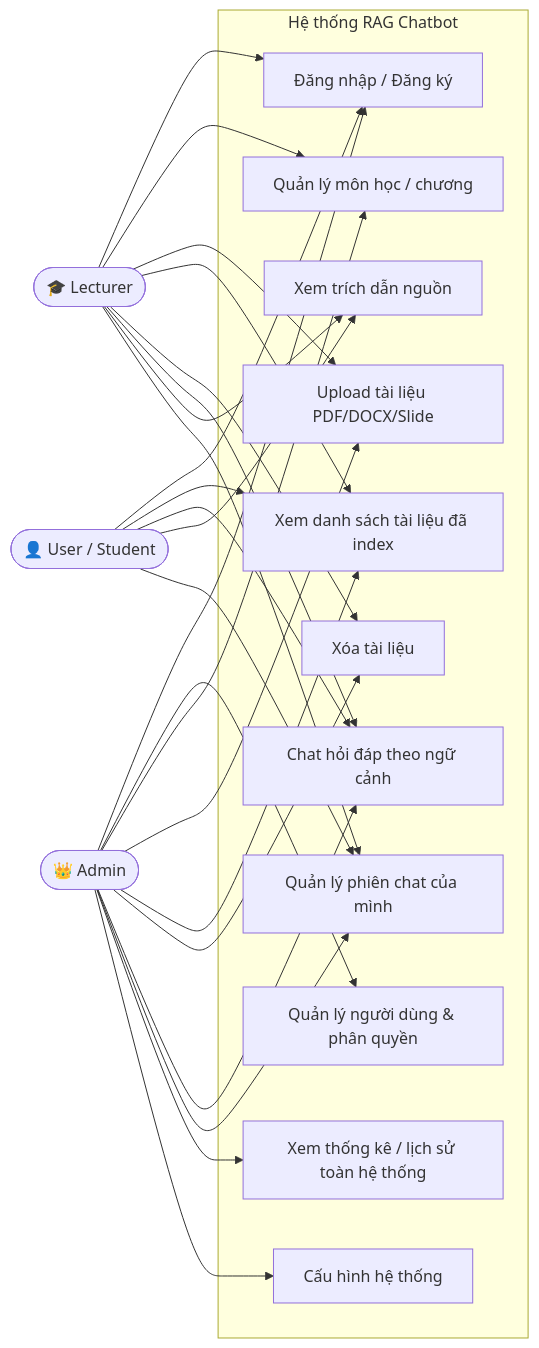
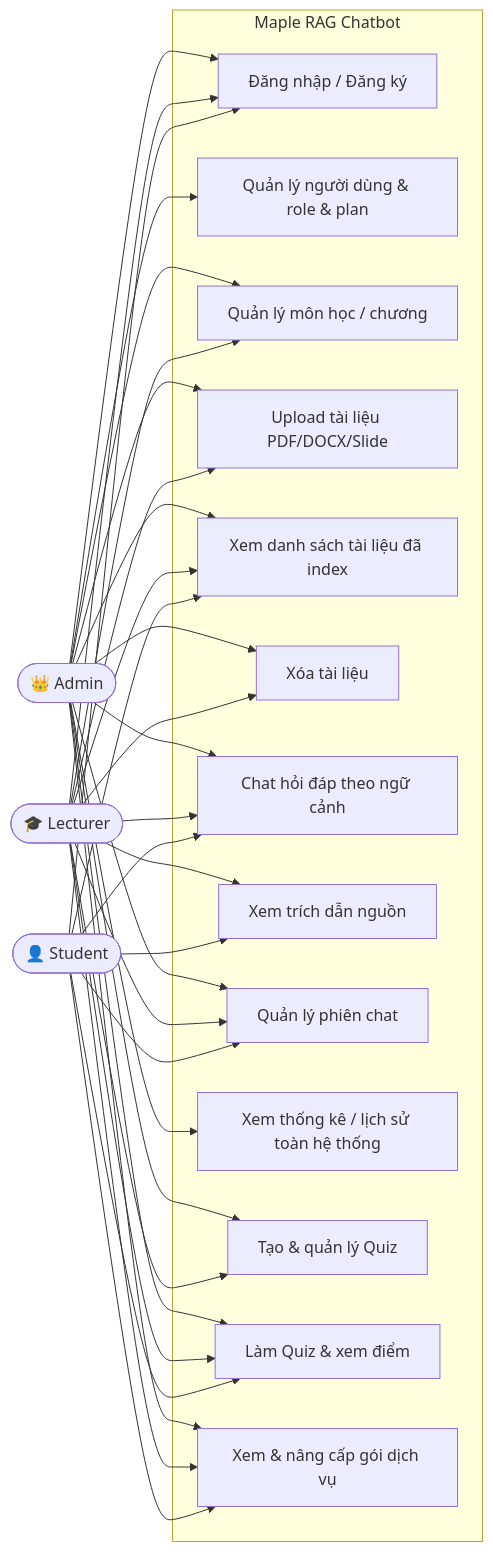
Before and after one commit to Scobydoo1/swd: the first of 8 diagrams in readme.md, drawn with Mermaid. The commit also changed other lines of this file, not shown here.

````diff
--- a/readme.md
+++ b/readme.md
@@ -38,46 +47,55 @@
 ```mermaid
 graph LR
     Admin([👑 Admin])
     Lecturer([🎓 Lecturer])
-    User([👤 User / Student])
+    User([👤 Student])
 
-    subgraph "Hệ thống RAG Chatbot"
+    subgraph "Maple RAG Chatbot"
         UC1[Đăng nhập / Đăng ký]
-        UC2[Quản lý người dùng & phân quyền]
+        UC2[Quản lý người dùng & role & plan]
         UC3[Quản lý môn học / chương]
         UC4[Upload tài liệu PDF/DOCX/Slide]
         UC5[Xem danh sách tài liệu đã index]
         UC6[Xóa tài liệu]
         UC7[Chat hỏi đáp theo ngữ cảnh]
         UC8[Xem trích dẫn nguồn]
-        UC9[Quản lý phiên chat của mình]
+        UC9[Quản lý phiên chat]
         UC10[Xem thống kê / lịch sử toàn hệ thống]
-        UC11[Cấu hình hệ thống]
+        UC11[Tạo & quản lý Quiz]
+        UC12[Làm Quiz & xem điểm]
+        UC13[Xem & nâng cấp gói dịch vụ]
     end
 
     User --> UC1
     User --> UC5
     User --> UC7
     User --> UC8
     User --> UC9
+    User --> UC12
+    User --> UC13
 
     Lecturer --> UC1
     Lecturer --> UC3
     Lecturer --> UC4
     Lecturer --> UC5
     Lecturer --> UC6
     Lecturer --> UC7
     Lecturer --> UC8
     Lecturer --> UC9
+    Lecturer --> UC11
+    Lecturer --> UC12
+    Lecturer --> UC13
 
     Admin --> UC1
     Admin --> UC2
     Admin --> UC3
     Admin --> UC4
     Admin --> UC5
     Admin --> UC6
     Admin --> UC7
     Admin --> UC9
     Admin --> UC10
     Admin --> UC11
+    Admin --> UC12
+    Admin --> UC13
 ```
````
